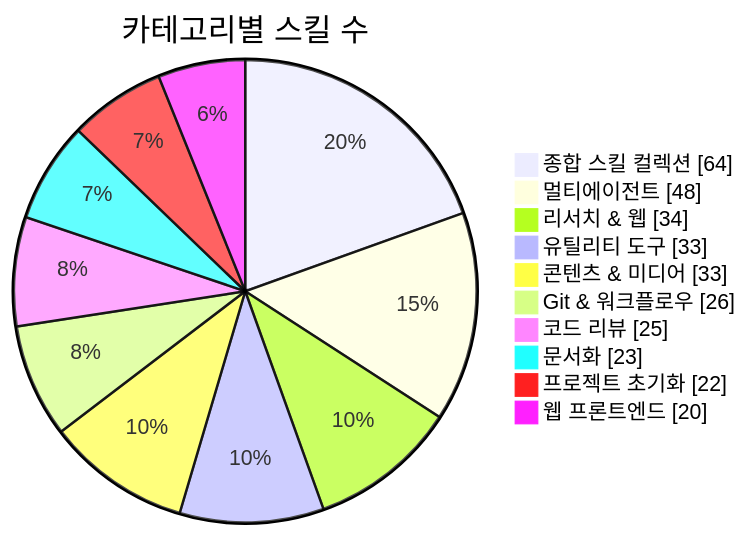
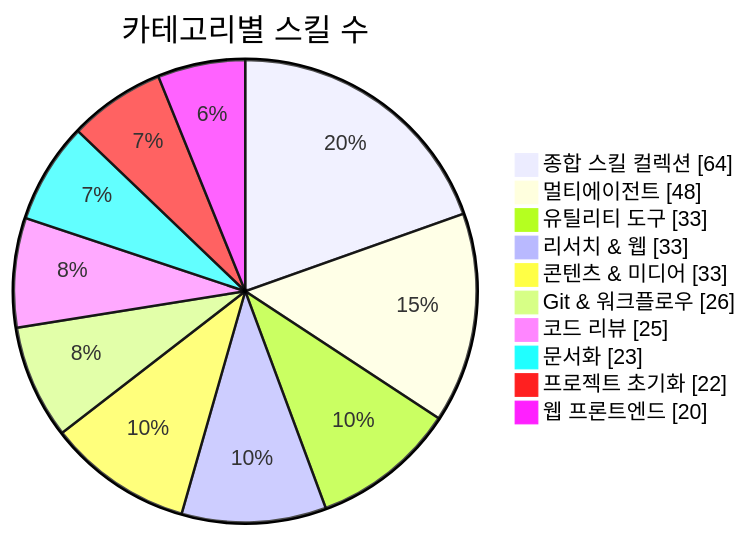
One commit to J-nowcow/awesome-korean-agent-skills changed the first of 3 diagrams in README.md. Above: the diagram before and after it, drawn with Mermaid. The commit also changed other lines of this file and 28 other files, not shown here.

````diff
--- a/README.md
+++ b/README.md
@@ -176,14 +176,14 @@
 ```mermaid
 pie showData
     title 카테고리별 스킬 수
     "종합 스킬 컬렉션" : 64
     "멀티에이전트" : 48
-    "리서치 & 웹" : 34
     "유틸리티 도구" : 33
+    "리서치 & 웹" : 33
     "콘텐츠 & 미디어" : 33
     "Git & 워크플로우" : 26
     "코드 리뷰" : 25
     "문서화" : 23
     "프로젝트 초기화" : 22
     "웹 프론트엔드" : 20
 ```
````
